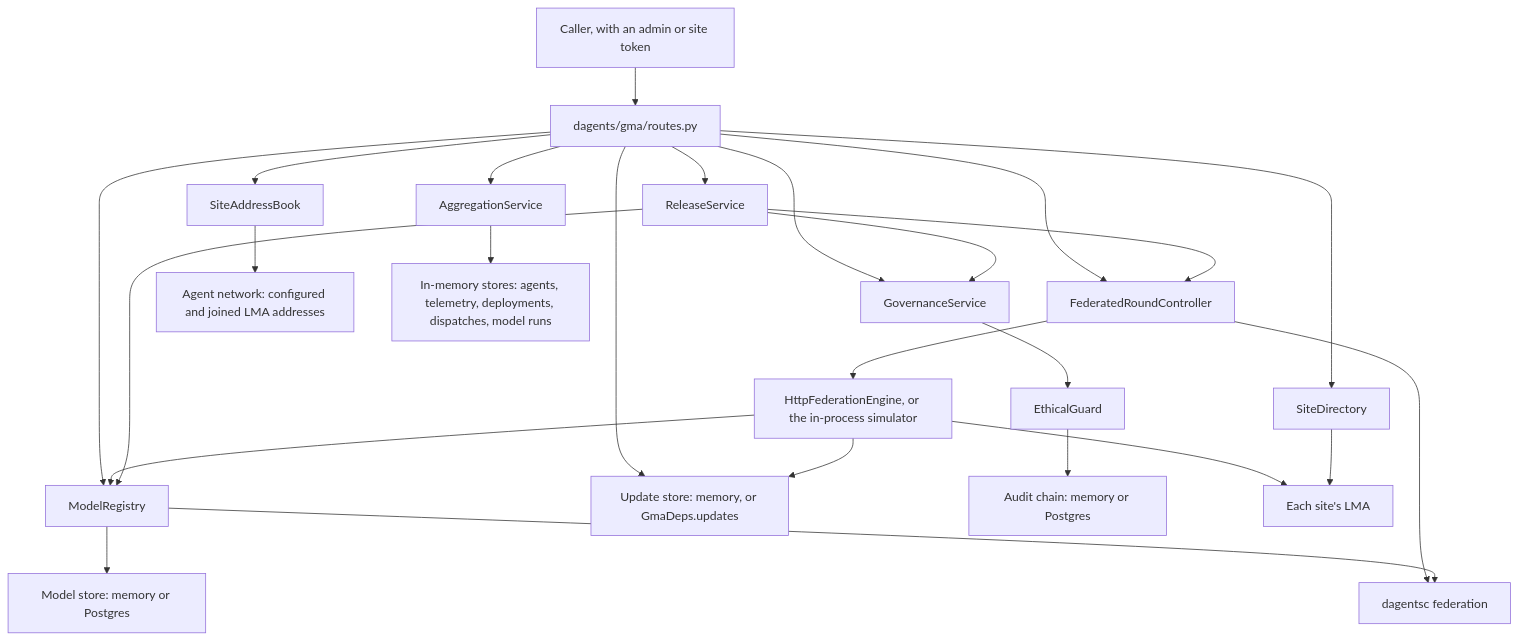
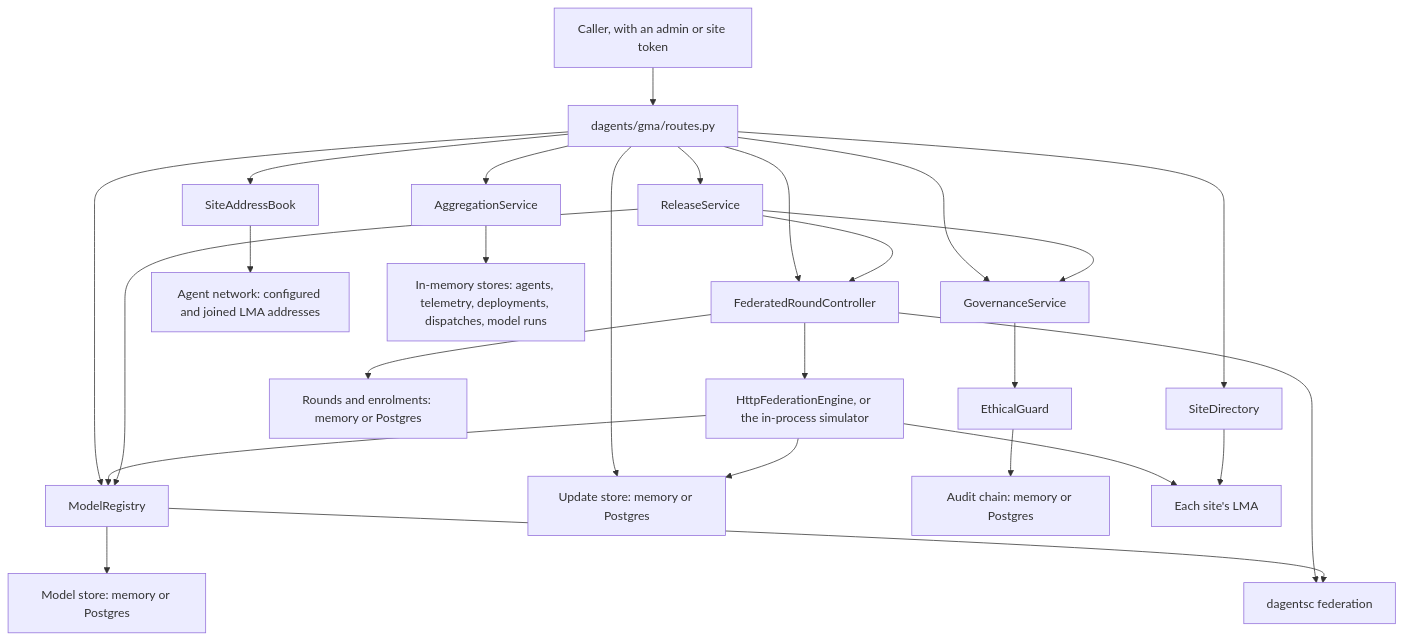
One commit to pradyunuydarp/Dagents changed the eighth of 12 diagrams in docs/reference/api/agents.md. Above: the diagram before and after it, drawn with Mermaid. The commit also changed other lines of this file and 39 other files, not shown here.

First line of the commit message:
Keep GMA rounds in Postgres and recover them after a restart

````diff
--- a/docs/reference/api/agents.md
+++ b/docs/reference/api/agents.md
@@ -1552,27 +1566,28 @@
 ```mermaid
 flowchart TB
     Caller["Caller, with an admin or site token"] --> Routes["dagents/gma/routes.py"]
     Routes --> Aggregation["AggregationService"]
     Routes --> Governance["GovernanceService"]
     Routes --> Rounds["FederatedRoundController"]
     Routes --> Directory["SiteDirectory"]
     Routes --> Models["ModelRegistry"]
-    Routes --> Updates["Update store: memory, or GmaDeps.updates"]
+    Routes --> Updates["Update store: memory or Postgres"]
     Routes --> Releases["ReleaseService"]
     Routes --> Addresses["SiteAddressBook"]
     Addresses --> Network["Agent network: configured and joined LMA addresses"]
     Aggregation --> Stores["In-memory stores: agents, telemetry, deployments, dispatches, model runs"]
     Governance --> Guard["EthicalGuard"]
     Guard --> Audit["Audit chain: memory or Postgres"]
+    Rounds --> RoundStores["Rounds and enrolments: memory or Postgres"]
     Rounds --> Engine["HttpFederationEngine, or the in-process simulator"]
     Engine --> LMAs["Each site's LMA"]
     Engine --> Updates
     Engine --> Models
     Directory --> LMAs
     Models --> ModelStore["Model store: memory or Postgres"]
     Releases --> Rounds
     Releases --> Models
     Releases --> Governance
     Rounds --> Federation["dagentsc federation"]
     Models --> Federation
 ```
````
